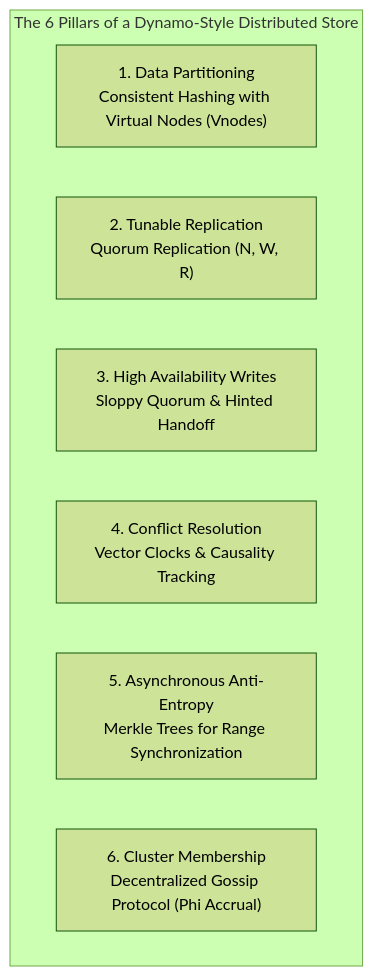
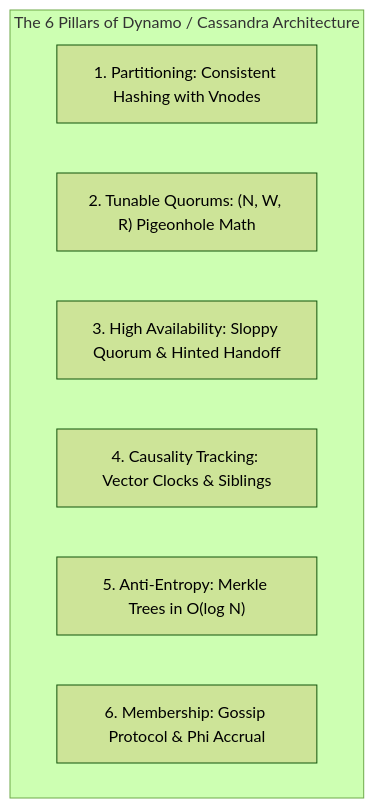
Before and after one commit to weaponxwolf/backend-engineering-mastry: the third of 6 diagrams in docs/system-design/distributed-kv-store.mdx, drawn with Mermaid (forest theme). The commit also changed other lines of this file and 16 other files, not shown here.

````diff
--- a/docs/system-design/distributed-kv-store.mdx
+++ b/docs/system-design/distributed-kv-store.mdx
@@ -47,11 +124,11 @@
 ```mermaid
 graph TD
-    subgraph BuildingBlocks ["The 6 Pillars of a Dynamo-Style Distributed Store"]
-        B1["1. Data Partitioning<br/>Consistent Hashing with Virtual Nodes (Vnodes)"]
-        B2["2. Tunable Replication<br/>Quorum Replication (N, W, R)"]
-        B3["3. High Availability Writes<br/>Sloppy Quorum & Hinted Handoff"]
-        B4["4. Conflict Resolution<br/>Vector Clocks & Causality Tracking"]
-        B5["5. Asynchronous Anti-Entropy<br/>Merkle Trees for Range Synchronization"]
-        B6["6. Cluster Membership<br/>Decentralized Gossip Protocol (Phi Accrual)"]
+    subgraph Pillars ["The 6 Pillars of Dynamo / Cassandra Architecture"]
+        P1["1. Partitioning: Consistent Hashing with Vnodes"]
+        P2["2. Tunable Quorums: (N, W, R) Pigeonhole Math"]
+        P3["3. High Availability: Sloppy Quorum & Hinted Handoff"]
+        P4["4. Causality Tracking: Vector Clocks & Siblings"]
+        P5["5. Anti-Entropy: Merkle Trees in O(log N)"]
+        P6["6. Membership: Gossip Protocol & Phi Accrual"]
     end
 ```
````
